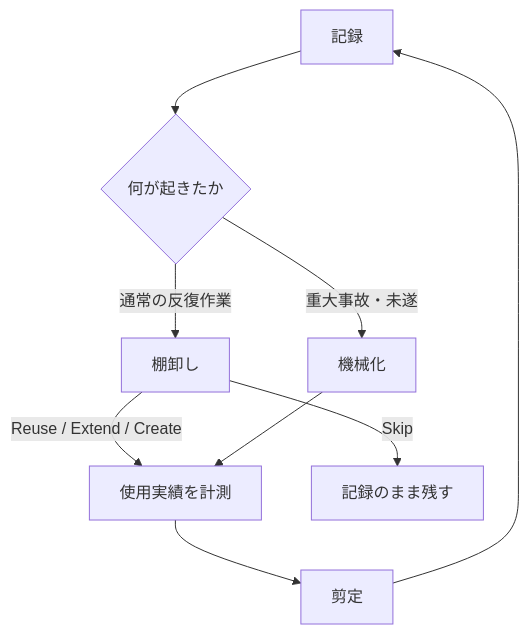
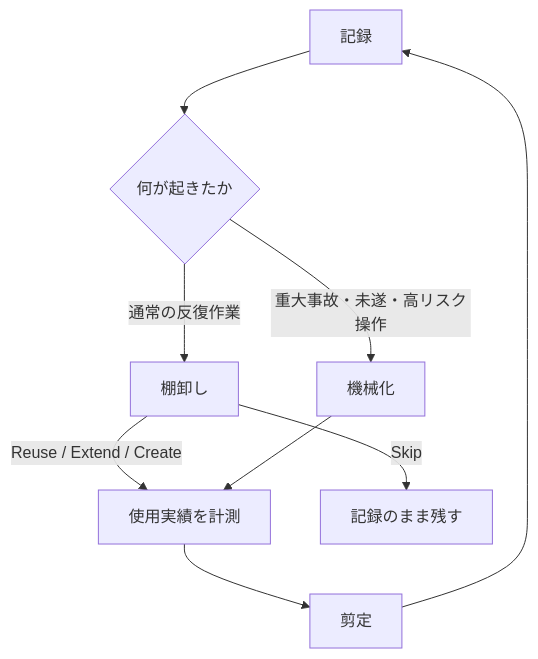
The diagram in articles/ai-agent-self-improvement-loop-design.md (s977043/my-blog), drawn with Mermaid before and after one commit. The commit also changed other lines of this file, not shown here.

````diff
--- a/articles/ai-agent-self-improvement-loop-design.md
+++ b/articles/ai-agent-self-improvement-loop-design.md
@@ -67,11 +69,11 @@
 ```mermaid
 flowchart TD
     A[記録] --> B{何が起きたか}
     B -->|通常の反復作業| C[棚卸し]
-    B -->|重大事故・未遂| D[機械化]
+    B -->|重大事故・未遂・高リスク操作| D[機械化]
     C -->|Reuse / Extend / Create| F[使用実績を計測]
     C -->|Skip| E[記録のまま残す]
     D --> F
     F --> G[剪定]
     G --> A
 ```
````
